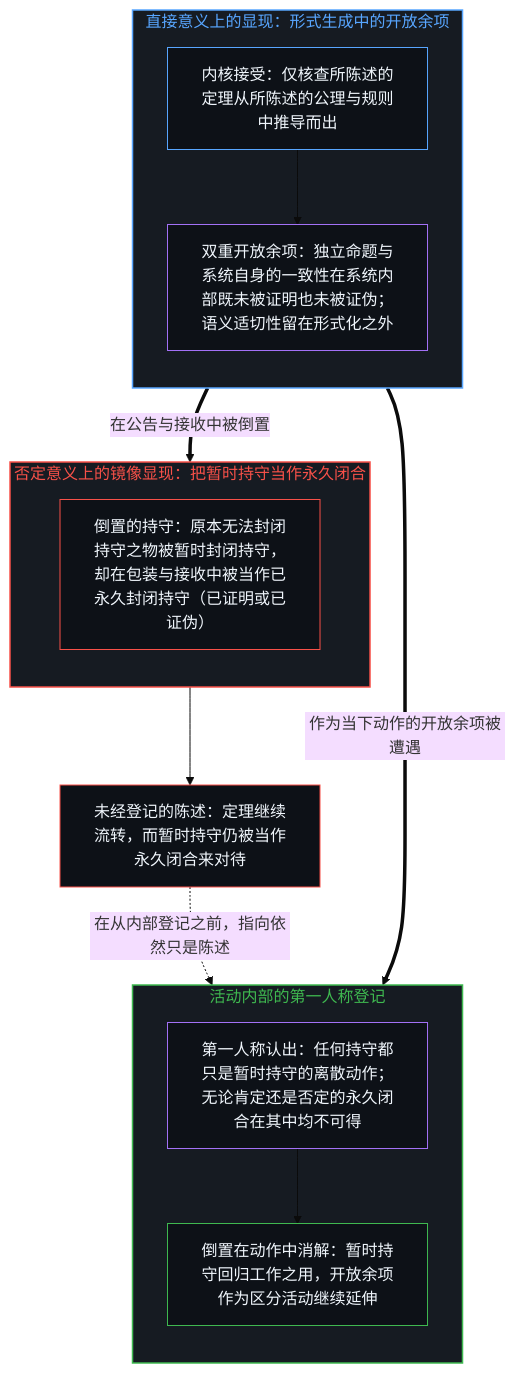
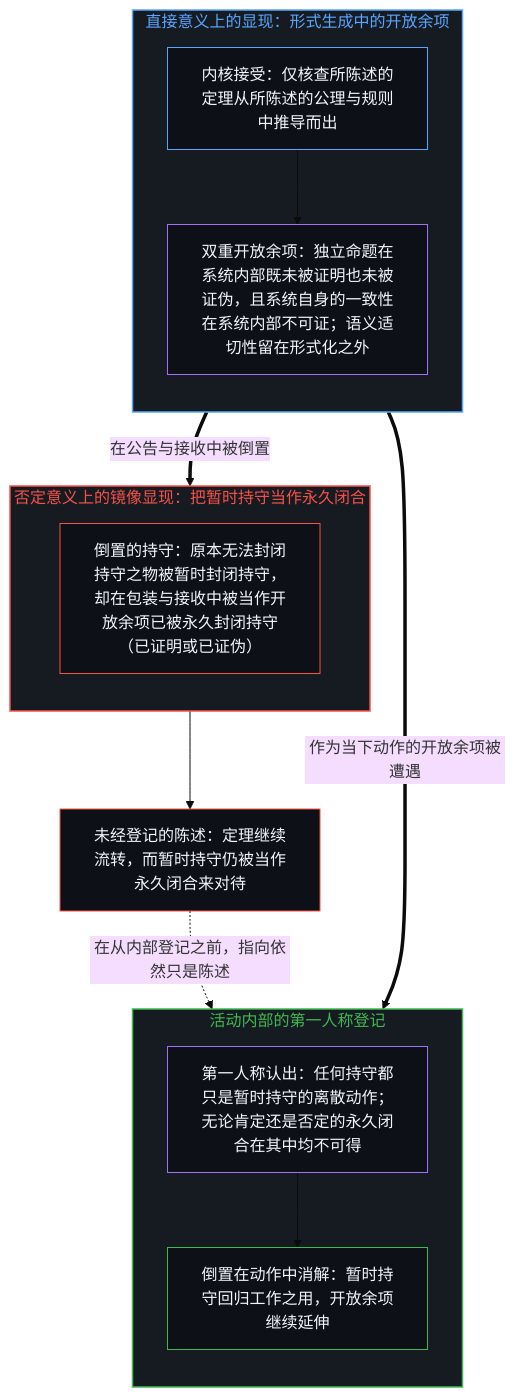
One commit to powerpig99/not-a-toe changed the third of 4 diagrams in content/posts/incompleteness-exhibited-twice.md. Above: the diagram before and after it, drawn with Mermaid (base theme). The commit also changed other lines of this file and 5 other files, not shown here.

````diff
--- a/content/posts/incompleteness-exhibited-twice.md
+++ b/content/posts/incompleteness-exhibited-twice.md
@@ -115,33 +115,33 @@
 ```mermaid
 flowchart TD
     subgraph S_First["直接意义上的显现：形式生成中的开放余项"]
         direction TB
         K["内核接受：仅核查所陈述的定理从所陈述的公理与规则中推导而出"]
-        R1["双重开放余项：独立命题与系统自身的一致性在系统内部既未被证明也未被证伪；语义适切性留在形式化之外"]
+        R1["双重开放余项：独立命题在系统内部既未被证明也未被证伪，且系统自身的一致性在系统内部不可证；语义适切性留在形式化之外"]
         K --> R1
     end
     subgraph S_Second["否定意义上的镜像显现：把暂时持守当作永久闭合"]
         direction TB
-        C["倒置的持守：原本无法封闭持守之物被暂时封闭持守，却在包装与接收中被当作已永久封闭持守（已证明或已证伪）"]
+        C["倒置的持守：原本无法封闭持守之物被暂时封闭持守，却在包装与接收中被当作开放余项已被永久封闭持守（已证明或已证伪）"]
     end
     A["未经登记的陈述：定理继续流转，而暂时持守仍被当作永久闭合来对待"]
     subgraph S_Reg["活动内部的第一人称登记"]
         direction TB
         F["第一人称认出：任何持守都只是暂时持守的离散动作；无论肯定还是否定的永久闭合在其中均不可得"]
-        D["倒置在动作中消解：暂时持守回归工作之用，开放余项作为区分活动继续延伸"]
+        D["倒置在动作中消解：暂时持守回归工作之用，开放余项继续延伸"]
         F --> D
     end
     R1 ==>|"在公告与接收中被倒置"| C
     C --> A
     R1 ==>|"作为当下动作的开放余项被遭遇"| F
     A -.->|"在从内部登记之前，指向依然只是陈述"| F
     style S_First fill:#161b22,stroke:#58a6ff,stroke-width:1.5px,color:#58a6ff
     style S_Second fill:#161b22,stroke:#f85149,stroke-width:1.5px,color:#f85149
     style S_Reg fill:#161b22,stroke:#3fb950,stroke-width:1.5px,color:#3fb950
     style K fill:#0d1117,stroke:#58a6ff,stroke-width:1px,color:#f0f6fc
     style R1 fill:#0d1117,stroke:#a371f7,stroke-width:1px,color:#f0f6fc
     style C fill:#0d1117,stroke:#f85149,stroke-width:1px,color:#f0f6fc
     style A fill:#0d1117,stroke:#f85149,stroke-width:1px,color:#f0f6fc
     style F fill:#0d1117,stroke:#a371f7,stroke-width:1px,color:#f0f6fc
     style D fill:#0d1117,stroke:#3fb950,stroke-width:1px,color:#f0f6fc
 ```
````
